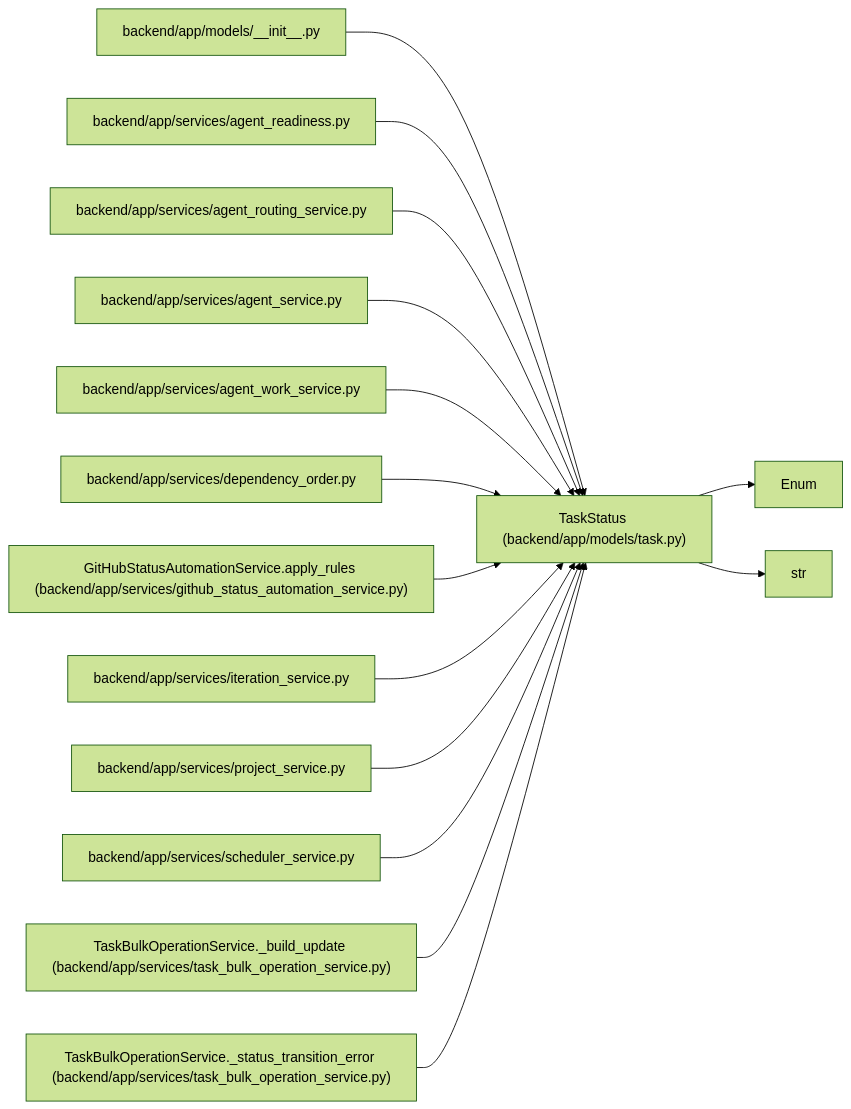
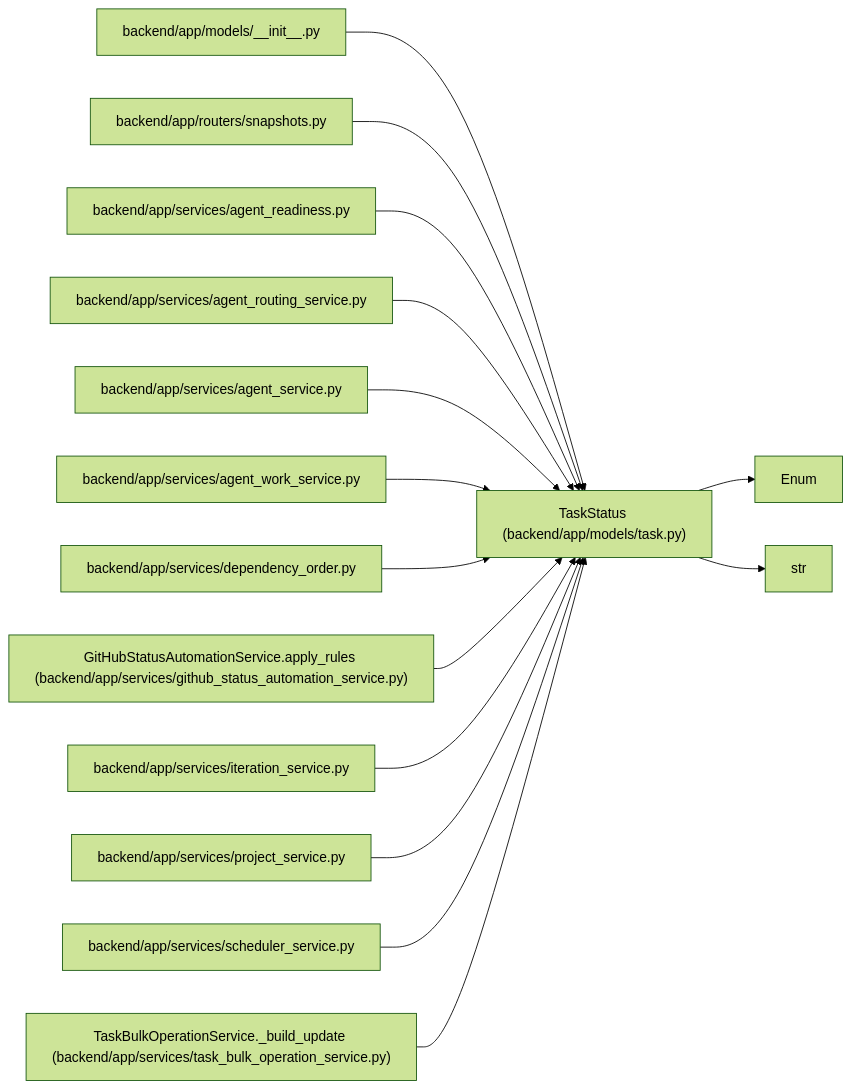
One commit to Denissvgn/WorkChord changed the diagram in docs/llm_wiki/entities/models_task_TaskStatus.md. Above: the diagram before and after it, drawn with Mermaid (forest theme). The commit also changed other lines of this file and 732 other files, not shown here.

Commit message:
Sync the architectural wiki for the postponed task status

````diff
--- a/docs/llm_wiki/entities/models_task_TaskStatus.md
+++ b/docs/llm_wiki/entities/models_task_TaskStatus.md
@@ -34,45 +38,45 @@
 ```mermaid
 flowchart LR
     n0["TaskStatus (backend/app/models/task.py)"]
     n1["Enum"]
     n2["str"]
     n3["backend/app/models/__init__.py"]
-    n4["backend/app/services/agent_readiness.py"]
-    n5["backend/app/services/agent_routing_service.py"]
-    n6["backend/app/services/agent_service.py"]
-    n7["backend/app/services/agent_work_service.py"]
-    n8["backend/app/services/dependency_order.py"]
-    n9["GitHubStatusAutomationService.apply_rules (backend/app/services/github_status_automation_service.py)"]
-    n10["backend/app/services/iteration_service.py"]
-    n11["backend/app/services/project_service.py"]
-    n12["backend/app/services/scheduler_service.py"]
-    n13["TaskBulkOperationService._build_update (backend/app/services/task_bulk_operation_service.py)"]
-    n14["TaskBulkOperationService._status_transition_error (backend/app/services/task_bulk_operation_service.py)"]
+    n4["backend/app/routers/snapshots.py"]
+    n5["backend/app/services/agent_readiness.py"]
+    n6["backend/app/services/agent_routing_service.py"]
+    n7["backend/app/services/agent_service.py"]
+    n8["backend/app/services/agent_work_service.py"]
+    n9["backend/app/services/dependency_order.py"]
+    n10["GitHubStatusAutomationService.apply_rules (backend/app/services/github_status_automation_service.py)"]
+    n11["backend/app/services/iteration_service.py"]
+    n12["backend/app/services/project_service.py"]
+    n13["backend/app/services/scheduler_service.py"]
+    n14["TaskBulkOperationService._build_update (backend/app/services/task_bulk_operation_service.py)"]
     n0 --> n1
     n0 --> n2
     n3 --> n0
     n4 --> n0
     n5 --> n0
     n6 --> n0
     n7 --> n0
     n8 --> n0
     n9 --> n0
     n10 --> n0
     n11 --> n0
     n12 --> n0
     n13 --> n0
     n14 --> n0
     click n0 "../modules/models_task.md"
     click n3 "../modules/models___init__.md"
-    click n4 "../modules/agent_readiness.md"
-    click n5 "../modules/agent_routing_service.md"
-    click n6 "../modules/agent_service.md"
-    click n7 "../modules/agent_work_service.md"
-    click n8 "../modules/dependency_order.md"
-    click n9 "../modules/github_status_automation_service.md"
-    click n10 "../modules/iteration_service.md"
-    click n11 "../modules/project_service.md"
-    click n12 "../modules/scheduler_service.md"
-    click n13 "../modules/task_bulk_operation_service.md"
+    click n4 "../modules/snapshots.md"
+    click n5 "../modules/agent_readiness.md"
+    click n6 "../modules/agent_routing_service.md"
+    click n7 "../modules/agent_service.md"
+    click n8 "../modules/agent_work_service.md"
+    click n9 "../modules/dependency_order.md"
+    click n10 "../modules/github_status_automation_service.md"
+    click n11 "../modules/iteration_service.md"
+    click n12 "../modules/project_service.md"
+    click n13 "../modules/scheduler_service.md"
     click n14 "../modules/task_bulk_operation_service.md"
 ```
````
